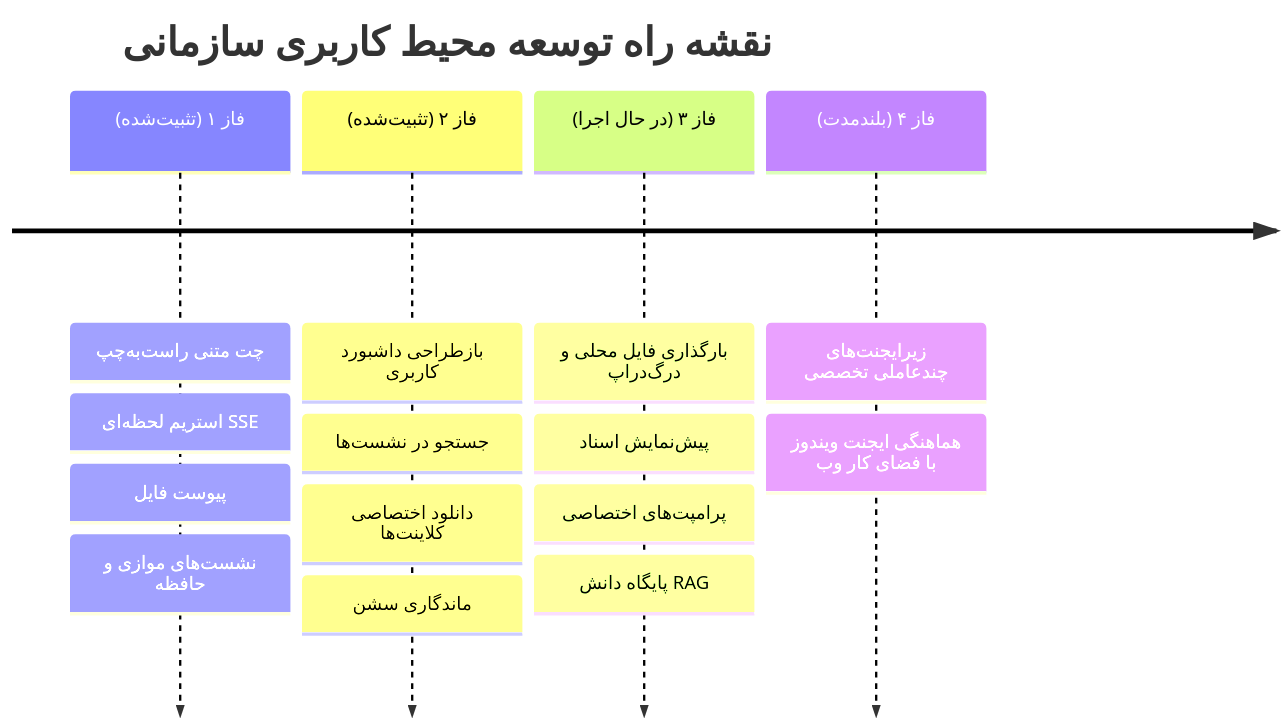
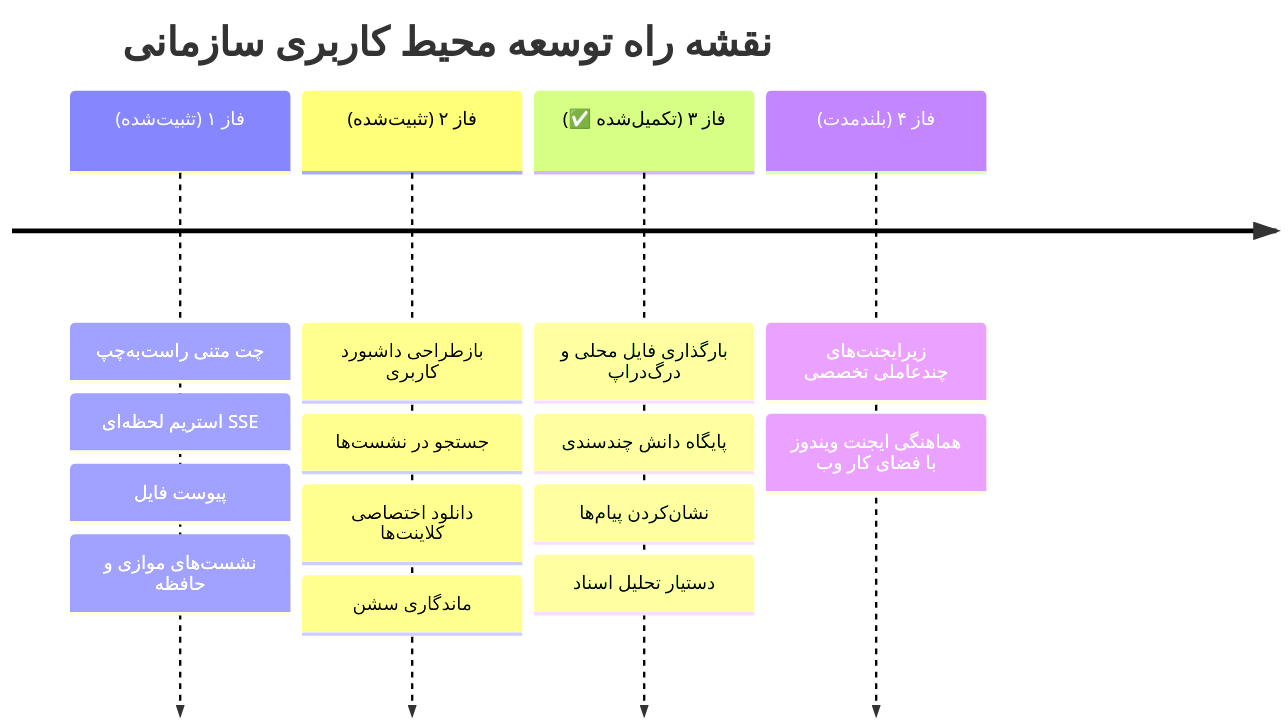
Before and after one commit to RedBoy-011/OmniOps: the third of 3 diagrams in ROADMAP_DUAL_PLANE.fa.md, drawn with Mermaid. The commit also changed other lines of this file and 7 other files, not shown here.

````diff
--- a/ROADMAP_DUAL_PLANE.fa.md
+++ b/ROADMAP_DUAL_PLANE.fa.md
@@ -106,8 +108,8 @@
 ```mermaid
 timeline
     title نقشه راه توسعه محیط کاربری سازمانی
     فاز ۱ (تثبیت‌شده) : چت متنی راست‌به‌چپ : استریم لحظه‌ای SSE : پیوست فایل : نشست‌های موازی و حافظه
     فاز ۲ (تثبیت‌شده) : بازطراحی داشبورد کاربری : جستجو در نشست‌ها : دانلود اختصاصی کلاینت‌ها : ماندگاری سشن
-    فاز ۳ (در حال اجرا) : بارگذاری فایل محلی و درگ‌دراپ : پیش‌نمایش اسناد : پرامپت‌های اختصاصی : پایگاه دانش RAG
+    فاز ۳ (تکمیل‌شده ✅) : بارگذاری فایل محلی و درگ‌دراپ : پایگاه دانش چندسندی : نشان‌کردن پیام‌ها : دستیار تحلیل اسناد
     فاز ۴ (بلندمدت) : زیرایجنت‌های چندعاملی تخصصی : هماهنگی ایجنت ویندوز با فضای کار وب
 ```
````
